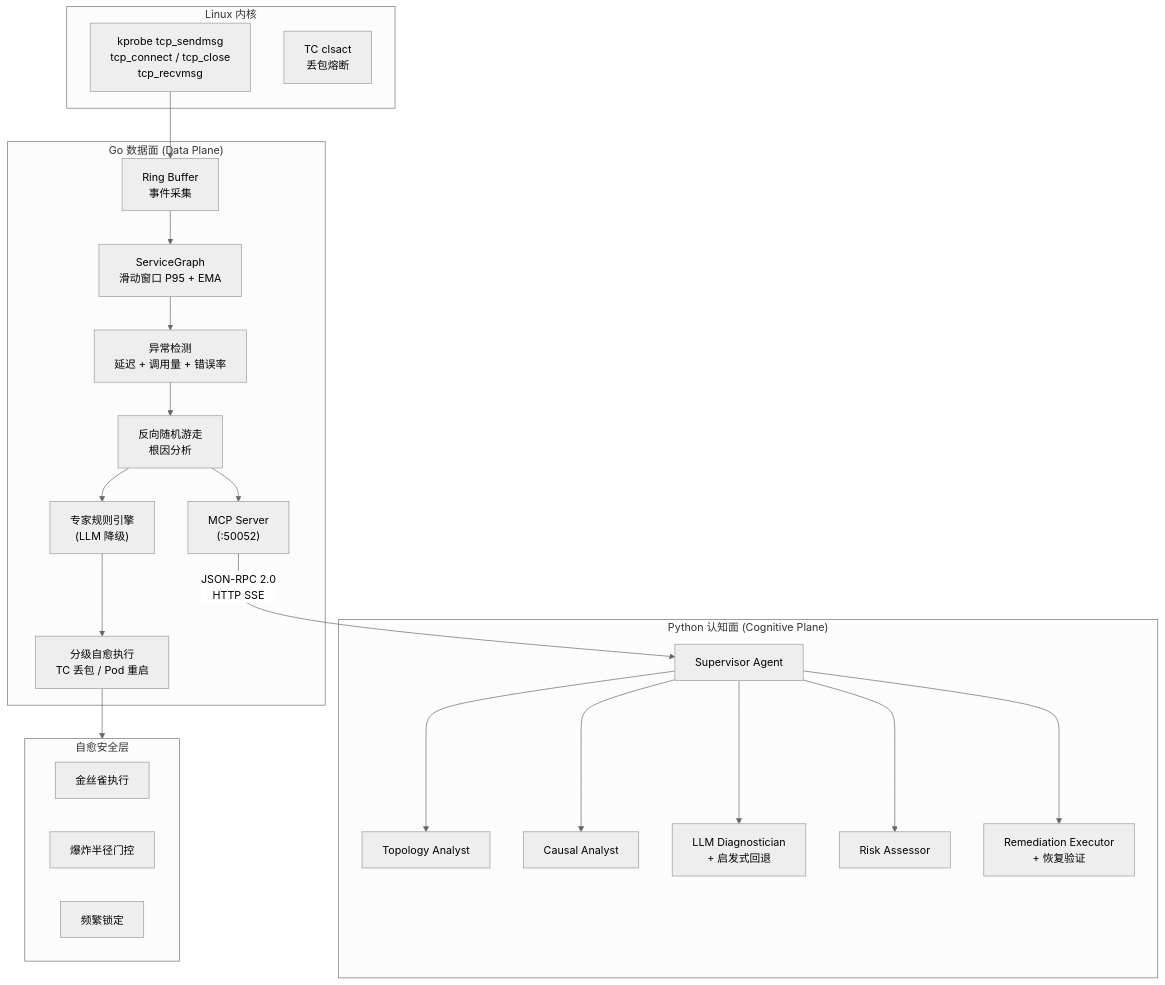
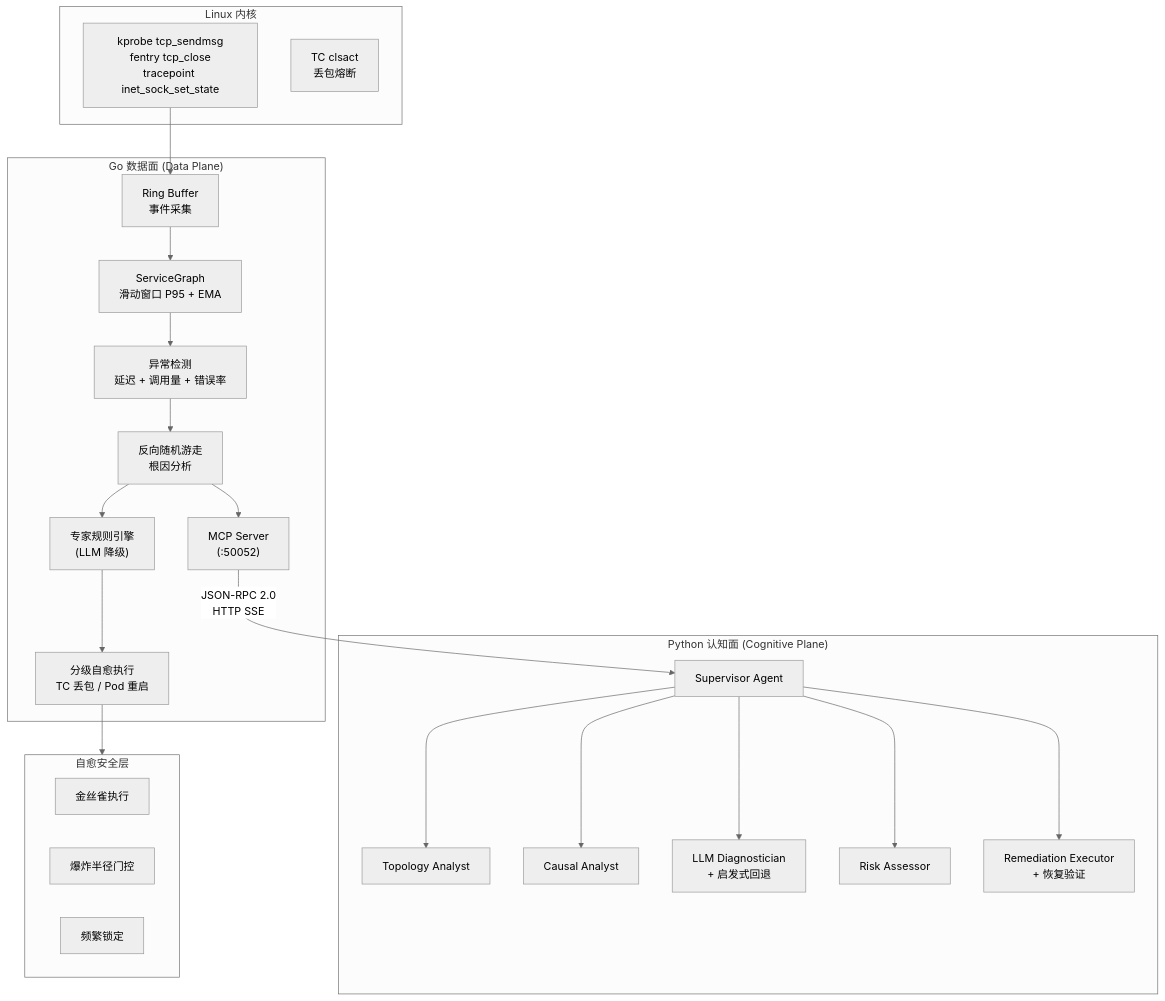
One commit to slyslyan/AetherOps changed the diagram in README.md. Above: the diagram before and after it, drawn with Mermaid (neutral theme). The commit also changed other lines of this file and 3 other files, not shown here.

First line of the commit message:
docs: sync all markdown files with new eBPF hook architecture

````diff
--- a/README.md
+++ b/README.md
@@ -14,43 +14,43 @@
 ```mermaid
 flowchart TB
     subgraph Kernel["Linux 内核"]
-        A1["kprobe tcp_sendmsg<br/>tcp_connect / tcp_close<br/>tcp_recvmsg"]
+        A1["kprobe tcp_sendmsg<br/>fentry tcp_close<br/>tracepoint inet_sock_set_state"]
         A2["TC clsact<br/>丢包熔断"]
     end
 
     subgraph Go["Go 数据面 (Data Plane)"]
         B["Ring Buffer<br/>事件采集"]
         C["ServiceGraph<br/>滑动窗口 P95 + EMA"]
         D["异常检测<br/>延迟 + 调用量 + 错误率"]
         E["反向随机游走<br/>根因分析"]
         F["MCP Server<br/>(:50052)"]
         G["专家规则引擎<br/>(LLM 降级)"]
         H["分级自愈执行<br/>TC 丢包 / Pod 重启"]
     end
 
     A1 --> B --> C
     C --> D --> E
     E --> G
     E --> F
     G --> H
 
     F -- "JSON-RPC 2.0<br/>HTTP SSE" --> I
 
     subgraph Python["Python 认知面 (Cognitive Plane)"]
         I["Supervisor Agent"]
         J["Topology Analyst"]
         K["Causal Analyst"]
         L["LLM Diagnostician<br/>+ 启发式回退"]
         M["Risk Assessor"]
         N["Remediation Executor<br/>+ 恢复验证"]
         I --> J & K & L & M & N
     end
 
     subgraph Safety["自愈安全层"]
         O["金丝雀执行"]
         P["爆炸半径门控"]
         Q["频繁锁定"]
     end
 
     H --> Safety
 ```
````
